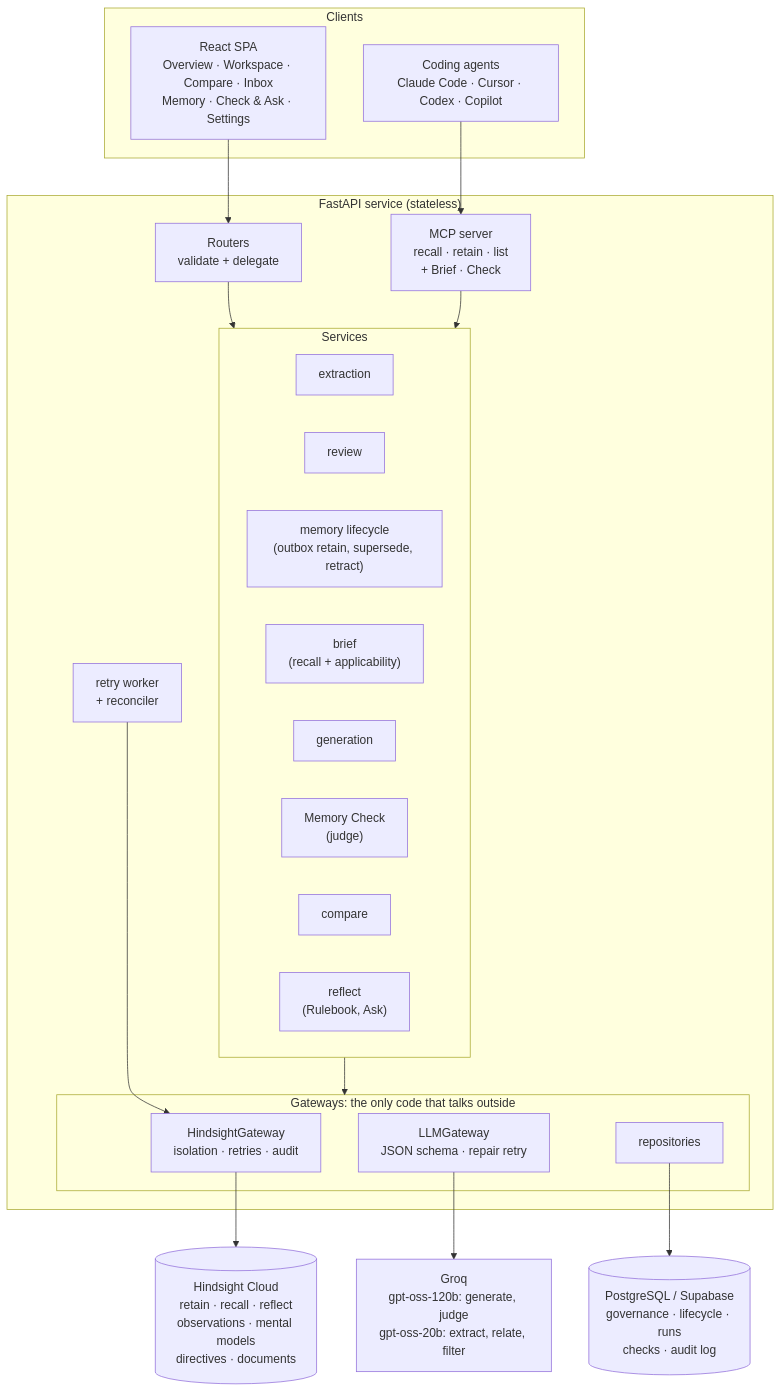
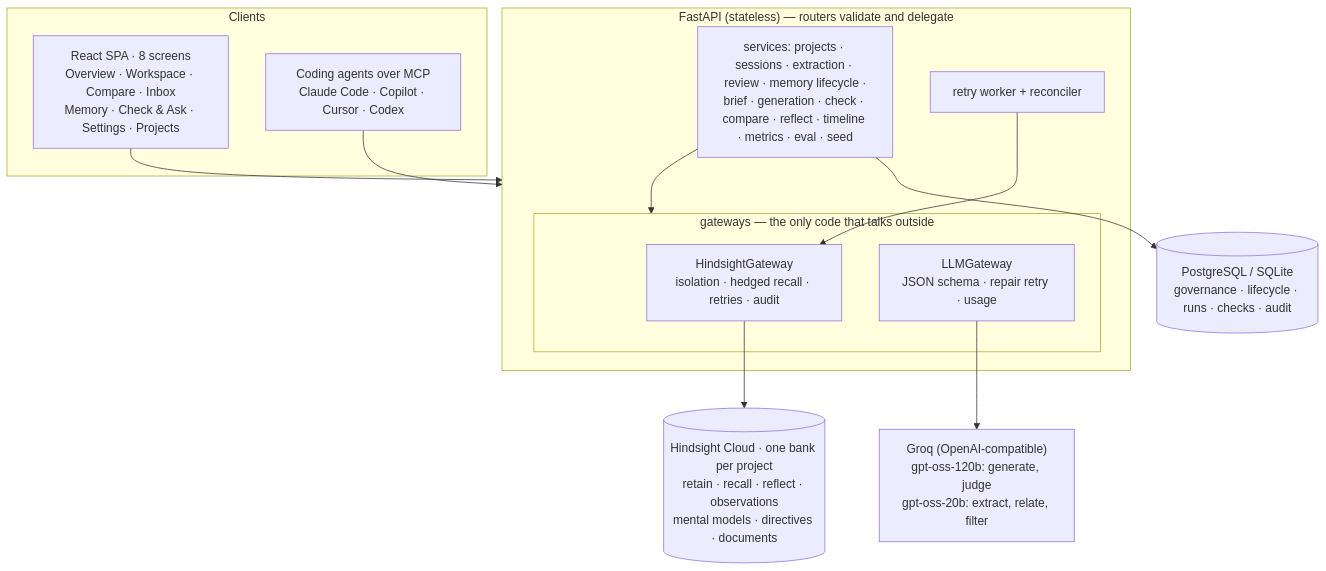
Before and after one commit to Adarsh-s-007/adaptive-agent: the second of 2 diagrams in README.md, drawn with Mermaid. The commit also changed other lines of this file and 114 other files, not shown here.

````diff
--- a/README.md
+++ b/README.md
@@ -368,42 +82,25 @@
 ```mermaid
 flowchart TB
     subgraph Clients
-        SPA["React SPA<br/>Overview · Workspace · Compare · Inbox<br/>Memory · Check & Ask · Settings"]
-        AG["Coding agents<br/>Claude Code · Cursor · Codex · Copilot"]
+        SPA["React SPA · 8 screens<br/>Overview · Workspace · Compare · Inbox<br/>Memory · Check & Ask · Settings · Projects"]
+        AG["Coding agents over MCP<br/>Claude Code · Copilot · Cursor · Codex"]
     end
-
-    subgraph Service["FastAPI service (stateless)"]
-        RT["Routers<br/>validate + delegate"]
-        subgraph Services
-            EX[extraction]
-            RV[review]
-            MEM["memory lifecycle<br/>(outbox retain, supersede, retract)"]
-            BR["brief<br/>(recall + applicability)"]
-            GEN[generation]
-            CHK["Memory Check<br/>(judge)"]
-            CMP[compare]
-            RFL["reflect<br/>(Rulebook, Ask)"]
+    subgraph API["FastAPI (stateless) — routers validate and delegate"]
+        SVC["services: projects · sessions · extraction · review · memory lifecycle ·<br/>brief · generation · check · compare · reflect · timeline · metrics · eval · seed"]
+        subgraph GW["gateways — the only code that talks outside"]
+            HG["HindsightGateway<br/>isolation · hedged recall · retries · audit"]
+            LG["LLMGateway<br/>JSON schema · repair retry · usage"]
         end
-        subgraph Gateways["Gateways: the only code that talks outside"]
-            HG["HindsightGateway<br/>isolation · retries · audit"]
-            LG["LLMGateway<br/>JSON schema · repair retry"]
-            REPO[repositories]
-        end
-        W["retry worker<br/>+ reconciler"]
-        MCPS["MCP server<br/>recall · retain · list<br/>+ Brief · Check"]
+        W["retry worker + reconciler"]
     end
-
-    HS[("Hindsight Cloud<br/>retain · recall · reflect<br/>observations · mental models<br/>directives · documents")]
-    LLM["Groq<br/>gpt-oss-120b: generate, judge<br/>gpt-oss-20b: extract, relate, filter"]
-    PG[("PostgreSQL / Supabase<br/>governance · lifecycle · runs<br/>checks · audit log")]
-
-    SPA --> RT
-    AG --> MCPS
-    RT --> Services
-    MCPS --> Services
-    Services --> Gateways
+    HS[("Hindsight Cloud · one bank per project<br/>retain · recall · reflect · observations<br/>mental models · directives · documents")]
+    LLM["Groq (OpenAI-compatible)<br/>gpt-oss-120b: generate, judge<br/>gpt-oss-20b: extract, relate, filter"]
+    PG[("PostgreSQL / SQLite<br/>governance · lifecycle · runs · checks · audit")]
+    SPA --> API
+    AG --> API
+    SVC --> GW
     W --> HG
     HG --> HS
     LG --> LLM
-    REPO --> PG
+    SVC --> PG
 ```
````
